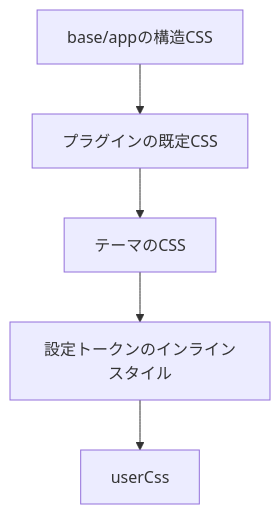
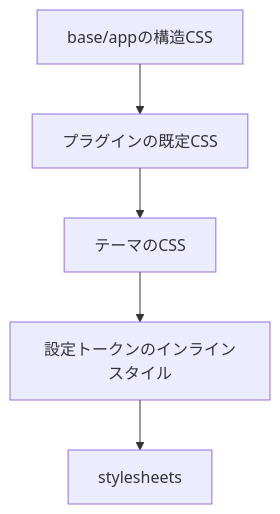
The diagram in docs/docs/glossary/css-contract.ja.md (Rerurate514/riebeckite), drawn with Mermaid before and after one commit. The commit also changed other lines of this file and 99 other files, not shown here.

````diff
--- a/docs/docs/glossary/css-contract.ja.md
+++ b/docs/docs/glossary/css-contract.ja.md
@@ -21,12 +21,12 @@
 ```mermaid
 flowchart TD
   Base[base/appの構造CSS]
   Plugin[プラグインの既定CSS]
   Theme[テーマのCSS]
   Token[設定トークンのインラインスタイル]
-  User[userCss]
+  User[stylesheets]
   Base --> Plugin
   Plugin --> Theme
   Theme --> Token
   Token --> User
 ```
````
